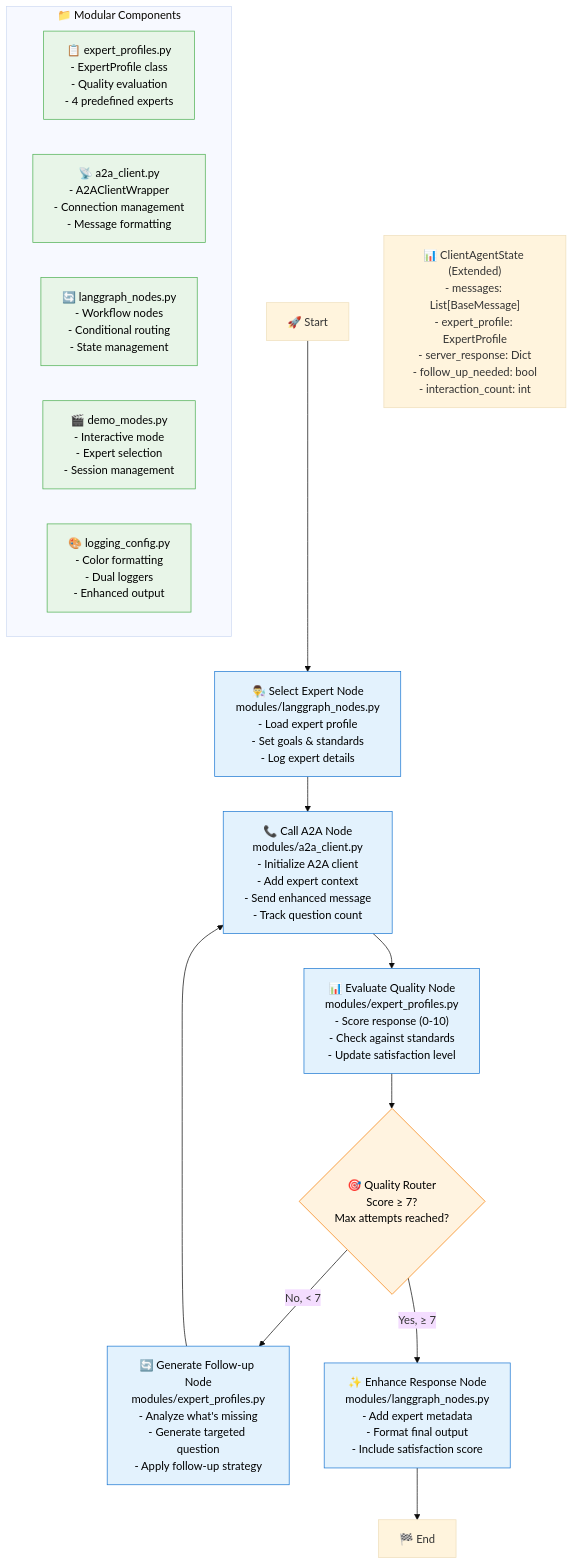
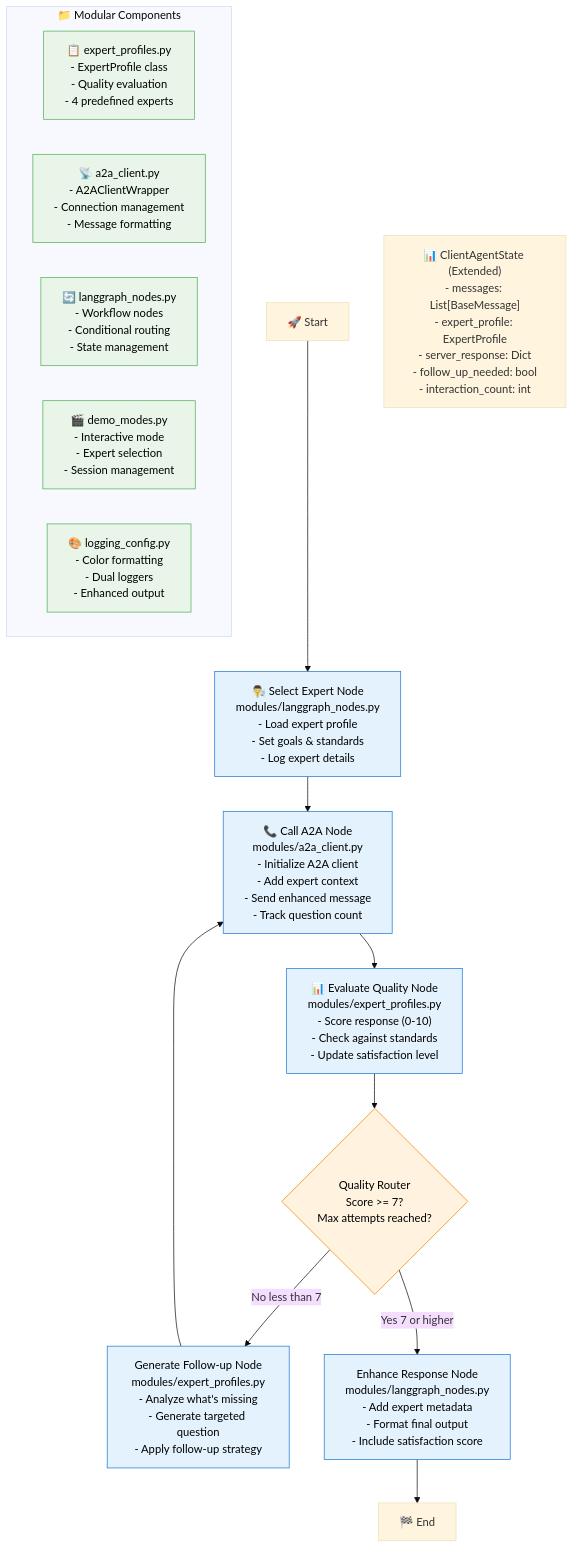
The fourth of 4 diagrams in 15_A2A_LangGraph/ASSIGNMENT_ANSWERS.md (ovokpus/AIE7), drawn with Mermaid (base theme) before and after one commit. The commit also changed other lines of this file and 1 other file, not shown here.

First line of the commit message:
🔧 Fix mermaid diagram syntax for GitHub compatibility

````diff
--- a/15_A2A_LangGraph/ASSIGNMENT_ANSWERS.md
+++ b/15_A2A_LangGraph/ASSIGNMENT_ANSWERS.md
@@ -241,42 +241,42 @@
 ```mermaid
 graph TD
     Start["🚀 Start"] --> SelectExpertNode["👨‍🔬 Select Expert Node<br/>modules/langgraph_nodes.py<br/>- Load expert profile<br/>- Set goals & standards<br/>- Log expert details"]
     
     SelectExpertNode --> CallA2ANode["📞 Call A2A Node<br/>modules/a2a_client.py<br/>- Initialize A2A client<br/>- Add expert context<br/>- Send enhanced message<br/>- Track question count"]
     
     CallA2ANode --> EvaluateQualityNode["📊 Evaluate Quality Node<br/>modules/expert_profiles.py<br/>- Score response (0-10)<br/>- Check against standards<br/>- Update satisfaction level"]
     
-    EvaluateQualityNode --> QualityRouter{"🎯 Quality Router<br/>Score ≥ 7?<br/>Max attempts reached?"}
+    EvaluateQualityNode --> QualityRouter{"Quality Router<br/>Score >= 7?<br/>Max attempts reached?"}
     
-    QualityRouter -->|"No, < 7"| FollowUpNode["🔄 Generate Follow-up Node<br/>modules/expert_profiles.py<br/>- Analyze what's missing<br/>- Generate targeted question<br/>- Apply follow-up strategy"]
+    QualityRouter -->|No less than 7| FollowUpNode["Generate Follow-up Node<br/>modules/expert_profiles.py<br/>- Analyze what's missing<br/>- Generate targeted question<br/>- Apply follow-up strategy"]
     
     FollowUpNode --> CallA2ANode
     
-    QualityRouter -->|"Yes, ≥ 7"| EnhanceNode["✨ Enhance Response Node<br/>modules/langgraph_nodes.py<br/>- Add expert metadata<br/>- Format final output<br/>- Include satisfaction score"]
+    QualityRouter -->|Yes 7 or higher| EnhanceNode["Enhance Response Node<br/>modules/langgraph_nodes.py<br/>- Add expert metadata<br/>- Format final output<br/>- Include satisfaction score"]
     
     EnhanceNode --> End["🏁 End"]
     
     %% State annotations
     StateBox["📊 ClientAgentState (Extended)<br/>- messages: List[BaseMessage]<br/>- expert_profile: ExpertProfile<br/>- server_response: Dict<br/>- follow_up_needed: bool<br/>- interaction_count: int"]
     
     %% Module annotations
     subgraph Modules["📁 Modular Components"]
         ExpertProfilesModule["📋 expert_profiles.py<br/>- ExpertProfile class<br/>- Quality evaluation<br/>- 4 predefined experts"]
         
         A2AClientModule["📡 a2a_client.py<br/>- A2AClientWrapper<br/>- Connection management<br/>- Message formatting"]
         
         LangGraphModule["🔄 langgraph_nodes.py<br/>- Workflow nodes<br/>- Conditional routing<br/>- State management"]
         
         DemoModule["🎬 demo_modes.py<br/>- Interactive mode<br/>- Expert selection<br/>- Session management"]
         
         LoggingModule["🎨 logging_config.py<br/>- Color formatting<br/>- Dual loggers<br/>- Enhanced output"]
     end
     
     classDef nodeClass fill:#e3f2fd,stroke:#1976d2,color:#000
     classDef moduleClass fill:#e8f5e8,stroke:#4caf50,color:#000
     classDef routerClass fill:#fff3e0,stroke:#f57c00,color:#000
     
     class SelectExpertNode,CallA2ANode,EvaluateQualityNode,FollowUpNode,EnhanceNode nodeClass
     class ExpertProfilesModule,A2AClientModule,LangGraphModule,DemoModule,LoggingModule moduleClass
     class QualityRouter routerClass
 ```
````
